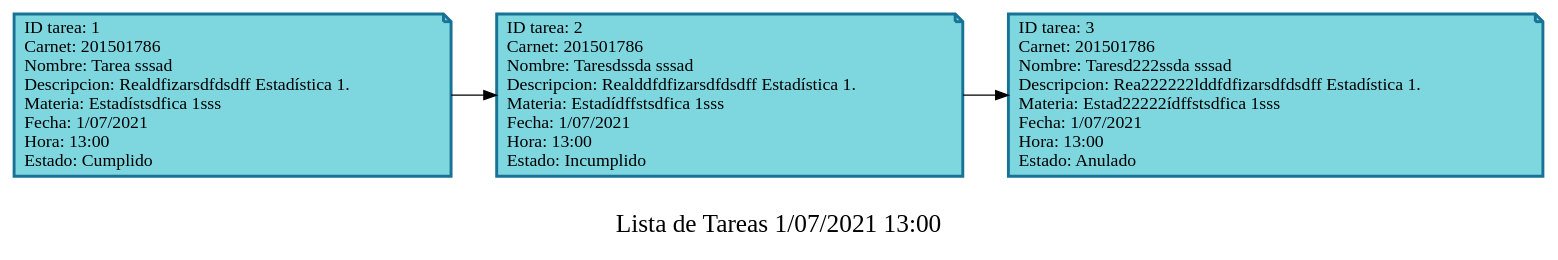
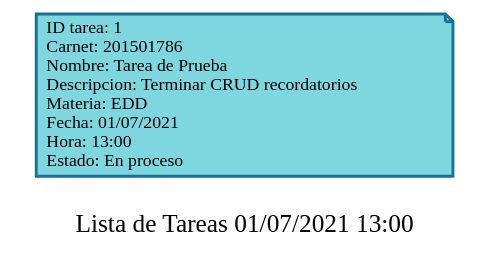
Before and after one commit to DanielDubonDR/EDD_SmartClass_201901772: the diagram in Fase_2/Archivos_dot/ListaTareas.dot, drawn with Graphviz. The commit also changed 3 other files, not shown here.

```diff
--- a/Fase_2/Archivos_dot/ListaTareas.dot
+++ b/Fase_2/Archivos_dot/ListaTareas.dot
@@ -1,12 +1,8 @@
 
         digraph List {
         rankdir=LR;
-        label="\nLista de Tareas 1/07/2021 13:00 " fontsize=20;
+        label="\nLista de Tareas 01/07/2021 13:00 " fontsize=20;
         node [shape = note, color="#187296", style=filled, fillcolor="#7ed6df" penwidth=2.3];
         
-		N1 [label="\ID tarea: 1 \lCarnet: 201501786 \lNombre: Tarea sssad \lDescripcion: Realdfizarsdfdsdff Estadística 1. \lMateria: Estadístsdfica 1sss \lFecha: 1/07/2021 \lHora: 13:00 \lEstado: Cumplido\l"];
-		N2 [label="\ID tarea: 2 \lCarnet: 201501786 \lNombre: Taresdssda sssad \lDescripcion: Realddfdfizarsdfdsdff Estadística 1. \lMateria: Estadídffstsdfica 1sss \lFecha: 1/07/2021 \lHora: 13:00 \lEstado: Incumplido\l"];
-		N3 [label="\ID tarea: 3 \lCarnet: 201501786 \lNombre: Taresd222ssda sssad \lDescripcion: Rea222222lddfdfizarsdfdsdff Estadística 1. \lMateria: Estad22222ídffstsdfica 1sss \lFecha: 1/07/2021 \lHora: 13:00 \lEstado: Anulado\l"];
-		N1 -> N2
-		N2 -> N3
+		N1 [label="\ID tarea: 1 \lCarnet: 201501786 \lNombre: Tarea de Prueba \lDescripcion: Terminar CRUD recordatorios \lMateria: EDD \lFecha: 01/07/2021 \lHora: 13:00 \lEstado: En proceso\l"];
 }
```
